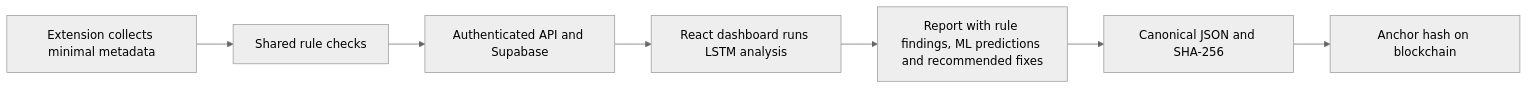
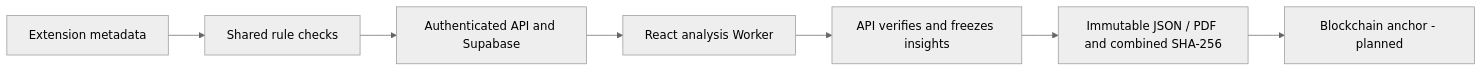
One commit to faizsaleem8/Vylnt changed the diagram in docs/PIPELINE.md. Above: the diagram before and after it, drawn with Mermaid (neutral theme). The commit also changed other lines of this file and 76 other files, not shown here.

````diff
--- a/docs/PIPELINE.md
+++ b/docs/PIPELINE.md
@@ -5,9 +5,9 @@
 ```mermaid
 flowchart LR
-  A[Extension collects minimal metadata] --> B[Shared rule checks]
+  A[Extension metadata] --> B[Shared rule checks]
   B --> C[Authenticated API and Supabase]
-  C --> D[React dashboard runs LSTM analysis]
-  D --> E[Report with rule findings, ML predictions and recommended fixes]
-  E --> F[Canonical JSON and SHA-256]
-  F --> G[Anchor hash on blockchain]
+  C --> D[React analysis Worker]
+  D --> E[API verifies and freezes insights]
+  E --> F[Immutable JSON / PDF and combined SHA-256]
+  F --> G[Blockchain anchor - planned]
 ```
````
